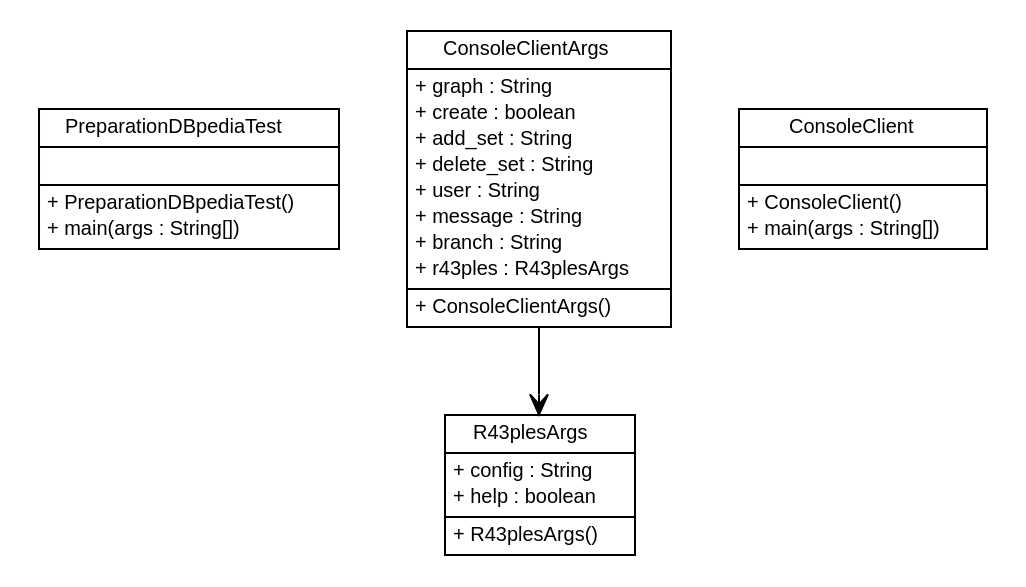
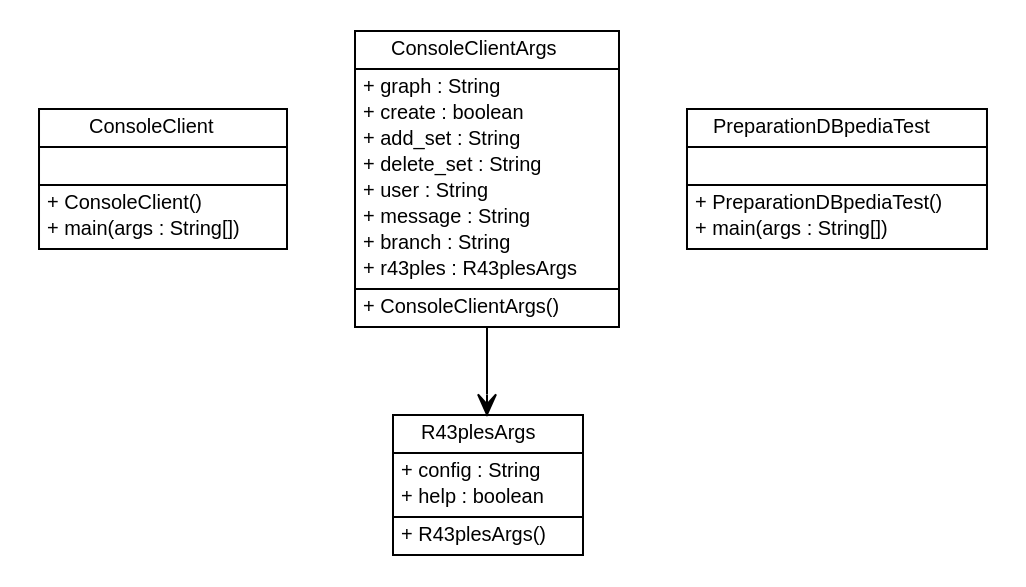
The diagram in site/apidocs/de/tud/plt/r43ples/client/de.tud.plt.r43ples.client.dot (adrianorzyszek/r43ples), drawn with Graphviz before and after one commit. The commit also changed 310 other files, not shown here.

```diff
--- a/site/apidocs/de/tud/plt/r43ples/client/de.tud.plt.r43ples.client.dot
+++ b/site/apidocs/de/tud/plt/r43ples/client/de.tud.plt.r43ples.client.dot
@@ -1,72 +1,72 @@
 #!/usr/local/bin/dot
 #
 # Class diagram 
 # Generated by UMLGraph version R5_6-24-gf6e263 (http://www.umlgraph.org/)
 #
 
 digraph G {
 	edge [fontname="Helvetica",fontsize=10,labelfontname="Helvetica",labelfontsize=10];
 	node [fontname="Helvetica",fontsize=10,shape=plaintext];
 	nodesep=0.25;
 	ranksep=0.5;
-	// de.tud.plt.r43ples.client.PreparationDBpediaTest
-	c264 [label=<<table title="de.tud.plt.r43ples.client.PreparationDBpediaTest" border="0" cellborder="1" cellspacing="0" cellpadding="2" port="p" href="./PreparationDBpediaTest.html">
-		<tr><td><table border="0" cellspacing="0" cellpadding="1">
-<tr><td align="center" balign="center"> PreparationDBpediaTest </td></tr>
-		</table></td></tr>
-		<tr><td><table border="0" cellspacing="0" cellpadding="1">
-<tr><td align="left" balign="left">  </td></tr>
-		</table></td></tr>
-		<tr><td><table border="0" cellspacing="0" cellpadding="1">
-<tr><td align="left" balign="left"> + PreparationDBpediaTest() </td></tr>
-<tr><td align="left" balign="left"> + main(args : String[]) </td></tr>
-		</table></td></tr>
-		</table>>, URL="./PreparationDBpediaTest.html", fontname="Helvetica", fontcolor="black", fontsize=10.0];
-	// de.tud.plt.r43ples.client.R43plesArgs
-	c265 [label=<<table title="de.tud.plt.r43ples.client.R43plesArgs" border="0" cellborder="1" cellspacing="0" cellpadding="2" port="p" href="./R43plesArgs.html">
-		<tr><td><table border="0" cellspacing="0" cellpadding="1">
-<tr><td align="center" balign="center"> R43plesArgs </td></tr>
-		</table></td></tr>
-		<tr><td><table border="0" cellspacing="0" cellpadding="1">
-<tr><td align="left" balign="left"> + config : String </td></tr>
-<tr><td align="left" balign="left"> + help : boolean </td></tr>
-		</table></td></tr>
-		<tr><td><table border="0" cellspacing="0" cellpadding="1">
-<tr><td align="left" balign="left"> + R43plesArgs() </td></tr>
-		</table></td></tr>
-		</table>>, URL="./R43plesArgs.html", fontname="Helvetica", fontcolor="black", fontsize=10.0];
 	// de.tud.plt.r43ples.client.ConsoleClient
-	c266 [label=<<table title="de.tud.plt.r43ples.client.ConsoleClient" border="0" cellborder="1" cellspacing="0" cellpadding="2" port="p" href="./ConsoleClient.html">
+	c331 [label=<<table title="de.tud.plt.r43ples.client.ConsoleClient" border="0" cellborder="1" cellspacing="0" cellpadding="2" port="p" href="./ConsoleClient.html">
 		<tr><td><table border="0" cellspacing="0" cellpadding="1">
 <tr><td align="center" balign="center"> ConsoleClient </td></tr>
 		</table></td></tr>
 		<tr><td><table border="0" cellspacing="0" cellpadding="1">
 <tr><td align="left" balign="left">  </td></tr>
 		</table></td></tr>
 		<tr><td><table border="0" cellspacing="0" cellpadding="1">
 <tr><td align="left" balign="left"> + ConsoleClient() </td></tr>
 <tr><td align="left" balign="left"> + main(args : String[]) </td></tr>
 		</table></td></tr>
 		</table>>, URL="./ConsoleClient.html", fontname="Helvetica", fontcolor="black", fontsize=10.0];
 	// de.tud.plt.r43ples.client.ConsoleClientArgs
-	c267 [label=<<table title="de.tud.plt.r43ples.client.ConsoleClientArgs" border="0" cellborder="1" cellspacing="0" cellpadding="2" port="p" href="./ConsoleClientArgs.html">
+	c332 [label=<<table title="de.tud.plt.r43ples.client.ConsoleClientArgs" border="0" cellborder="1" cellspacing="0" cellpadding="2" port="p" href="./ConsoleClientArgs.html">
 		<tr><td><table border="0" cellspacing="0" cellpadding="1">
 <tr><td align="center" balign="center"> ConsoleClientArgs </td></tr>
 		</table></td></tr>
 		<tr><td><table border="0" cellspacing="0" cellpadding="1">
 <tr><td align="left" balign="left"> + graph : String </td></tr>
 <tr><td align="left" balign="left"> + create : boolean </td></tr>
 <tr><td align="left" balign="left"> + add_set : String </td></tr>
 <tr><td align="left" balign="left"> + delete_set : String </td></tr>
 <tr><td align="left" balign="left"> + user : String </td></tr>
 <tr><td align="left" balign="left"> + message : String </td></tr>
 <tr><td align="left" balign="left"> + branch : String </td></tr>
 <tr><td align="left" balign="left"> + r43ples : R43plesArgs </td></tr>
 		</table></td></tr>
 		<tr><td><table border="0" cellspacing="0" cellpadding="1">
 <tr><td align="left" balign="left"> + ConsoleClientArgs() </td></tr>
 		</table></td></tr>
 		</table>>, URL="./ConsoleClientArgs.html", fontname="Helvetica", fontcolor="black", fontsize=10.0];
+	// de.tud.plt.r43ples.client.PreparationDBpediaTest
+	c333 [label=<<table title="de.tud.plt.r43ples.client.PreparationDBpediaTest" border="0" cellborder="1" cellspacing="0" cellpadding="2" port="p" href="./PreparationDBpediaTest.html">
+		<tr><td><table border="0" cellspacing="0" cellpadding="1">
+<tr><td align="center" balign="center"> PreparationDBpediaTest </td></tr>
+		</table></td></tr>
+		<tr><td><table border="0" cellspacing="0" cellpadding="1">
+<tr><td align="left" balign="left">  </td></tr>
+		</table></td></tr>
+		<tr><td><table border="0" cellspacing="0" cellpadding="1">
+<tr><td align="left" balign="left"> + PreparationDBpediaTest() </td></tr>
+<tr><td align="left" balign="left"> + main(args : String[]) </td></tr>
+		</table></td></tr>
+		</table>>, URL="./PreparationDBpediaTest.html", fontname="Helvetica", fontcolor="black", fontsize=10.0];
+	// de.tud.plt.r43ples.client.R43plesArgs
+	c334 [label=<<table title="de.tud.plt.r43ples.client.R43plesArgs" border="0" cellborder="1" cellspacing="0" cellpadding="2" port="p" href="./R43plesArgs.html">
+		<tr><td><table border="0" cellspacing="0" cellpadding="1">
+<tr><td align="center" balign="center"> R43plesArgs </td></tr>
+		</table></td></tr>
+		<tr><td><table border="0" cellspacing="0" cellpadding="1">
+<tr><td align="left" balign="left"> + config : String </td></tr>
+<tr><td align="left" balign="left"> + help : boolean </td></tr>
+		</table></td></tr>
+		<tr><td><table border="0" cellspacing="0" cellpadding="1">
+<tr><td align="left" balign="left"> + R43plesArgs() </td></tr>
+		</table></td></tr>
+		</table>>, URL="./R43plesArgs.html", fontname="Helvetica", fontcolor="black", fontsize=10.0];
 	// de.tud.plt.r43ples.client.ConsoleClientArgs NAVASSOC de.tud.plt.r43ples.client.R43plesArgs
-	c267:p -> c265:p [taillabel="", label="", headlabel="", fontname="Helvetica", fontcolor="black", fontsize=10.0, color="black", arrowhead=open];
+	c332:p -> c334:p [taillabel="", label="", headlabel="", fontname="Helvetica", fontcolor="black", fontsize=10.0, color="black", arrowhead=open];
 }
```
